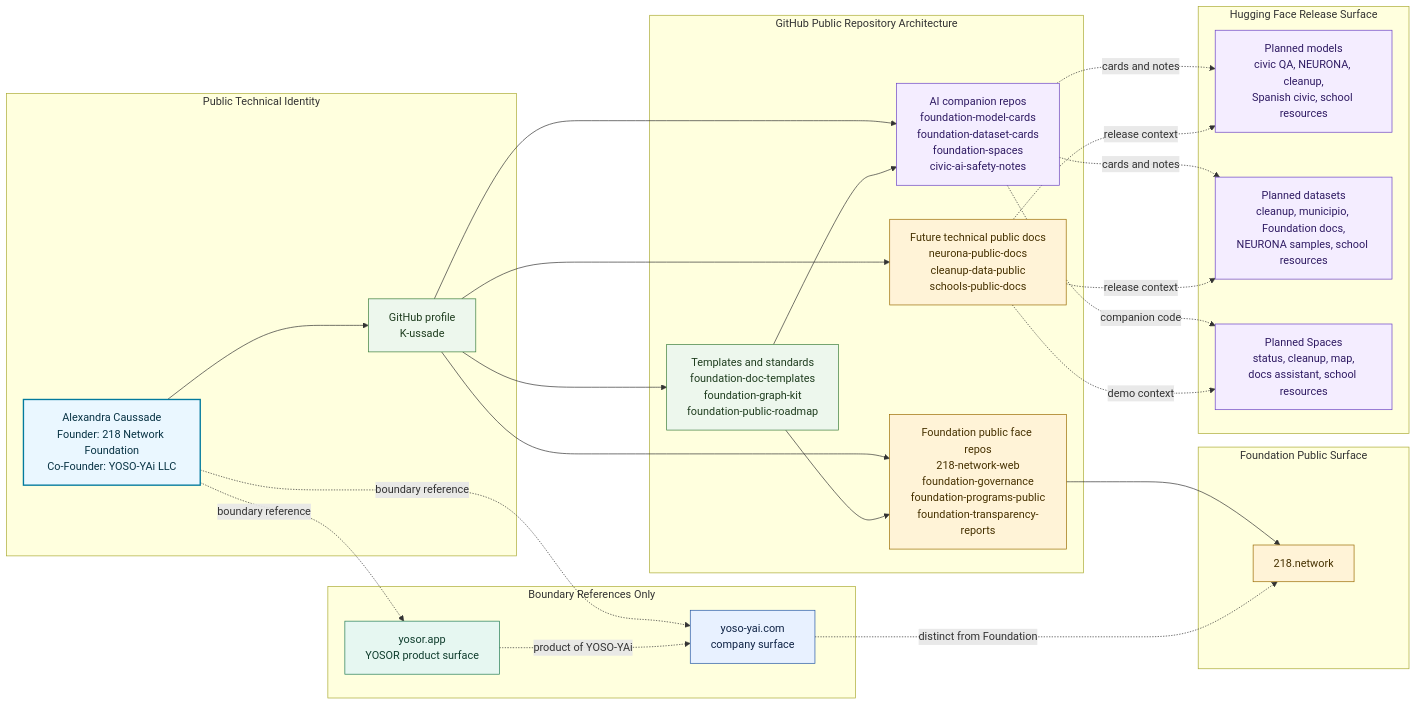
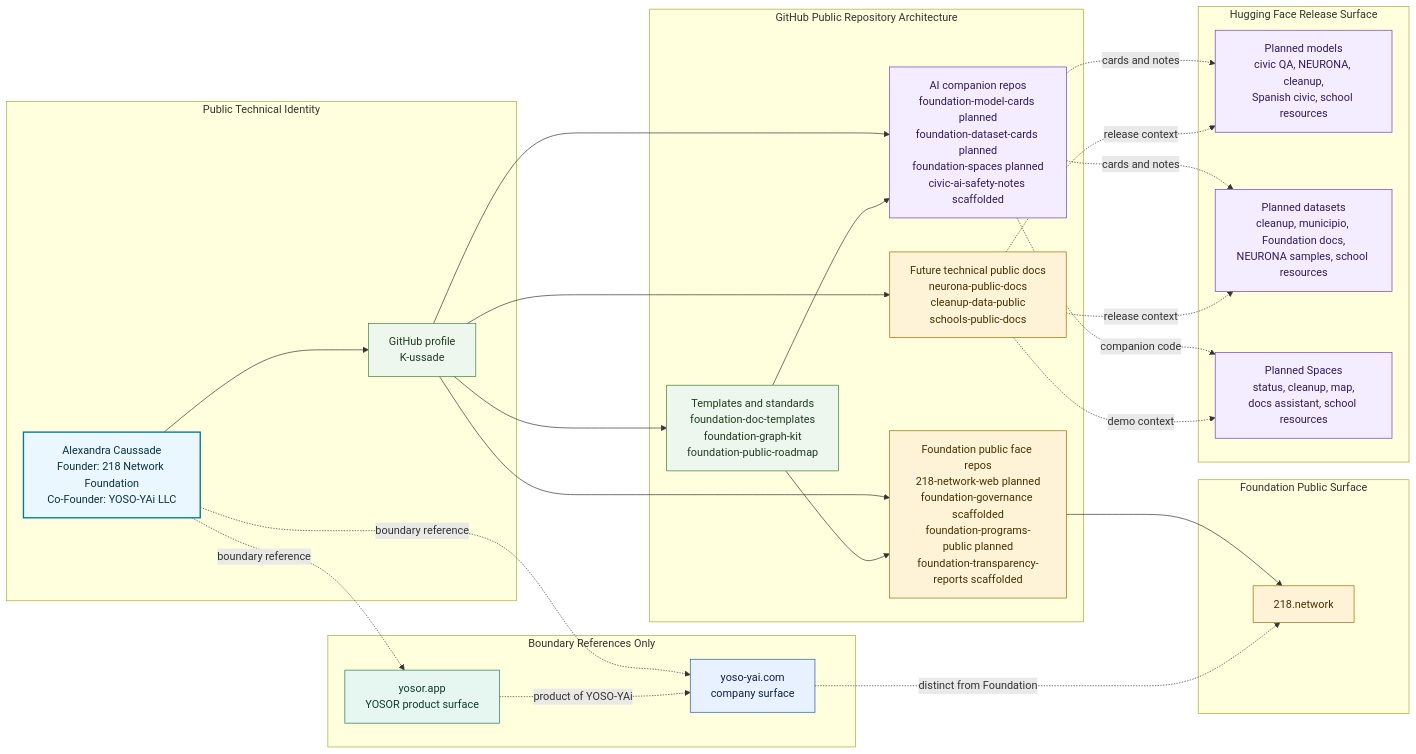
Before and after one commit to K-ussade/K-ussade: the first of 2 diagrams in VISUALS.md, drawn with Mermaid. The commit also changed 2 other files, not shown here.

Commit message:
Link scaffolded civic AI safety notes

````diff
--- a/VISUALS.md
+++ b/VISUALS.md
@@ -9,55 +9,55 @@
 ```mermaid
 flowchart LR
   subgraph identity["Public Technical Identity"]
     alexandra["Alexandra Caussade<br/>Founder: 218 Network Foundation<br/>Co-Founder: YOSO-YAi LLC"]:::authority
     profile["GitHub profile<br/>K-ussade"]:::public
   end
 
   subgraph foundationDomain["Foundation Public Surface"]
     network["218.network"]:::foundation
   end
 
   subgraph boundaryRefs["Boundary References Only"]
     yoso["yoso-yai.com<br/>company surface"]:::company
     yosor["yosor.app<br/>YOSOR product surface"]:::product
   end
 
   subgraph github["GitHub Public Repository Architecture"]
-    publicFace["Foundation public face repos<br/>218-network-web<br/>foundation-governance<br/>foundation-programs-public<br/>foundation-transparency-reports"]:::foundation
-    aiCompanions["AI companion repos<br/>foundation-model-cards<br/>foundation-dataset-cards<br/>foundation-spaces<br/>civic-ai-safety-notes"]:::release
+    publicFace["Foundation public face repos<br/>218-network-web planned<br/>foundation-governance scaffolded<br/>foundation-programs-public planned<br/>foundation-transparency-reports scaffolded"]:::foundation
+    aiCompanions["AI companion repos<br/>foundation-model-cards planned<br/>foundation-dataset-cards planned<br/>foundation-spaces planned<br/>civic-ai-safety-notes scaffolded"]:::release
     standards["Templates and standards<br/>foundation-doc-templates<br/>foundation-graph-kit<br/>foundation-public-roadmap"]:::public
     programDocs["Future technical public docs<br/>neurona-public-docs<br/>cleanup-data-public<br/>schools-public-docs"]:::foundation
   end
 
   subgraph hf["Hugging Face Release Surface"]
     models["Planned models<br/>civic QA, NEURONA, cleanup,<br/>Spanish civic, school resources"]:::release
     datasets["Planned datasets<br/>cleanup, municipio, Foundation docs,<br/>NEURONA samples, school resources"]:::release
     spaces["Planned Spaces<br/>status, cleanup, map,<br/>docs assistant, school resources"]:::release
   end
 
   alexandra --> profile
   profile --> publicFace
   profile --> aiCompanions
   profile --> standards
   profile --> programDocs
   publicFace --> network
   aiCompanions -. cards and notes .-> models
   aiCompanions -. cards and notes .-> datasets
   aiCompanions -. companion code .-> spaces
   standards --> publicFace
   standards --> aiCompanions
   programDocs -. release context .-> models
   programDocs -. release context .-> datasets
   programDocs -. demo context .-> spaces
   alexandra -. boundary reference .-> yoso
   alexandra -. boundary reference .-> yosor
   yoso -. distinct from Foundation .-> network
   yosor -. product of YOSO-YAi .-> yoso
 
   classDef company fill:#e8f1ff,stroke:#2457a6,color:#0f2345;
   classDef product fill:#e6f7f1,stroke:#1f7a55,color:#0f3d2d;
   classDef foundation fill:#fff3d7,stroke:#9a6b00,color:#463100;
   classDef public fill:#edf7ed,stroke:#3a7d3a,color:#1f3d1f;
   classDef release fill:#f4edff,stroke:#6941c6,color:#2f1b63;
   classDef authority fill:#eaf7ff,stroke:#027a9d,stroke-width:2px,color:#083344;
 ```
````
